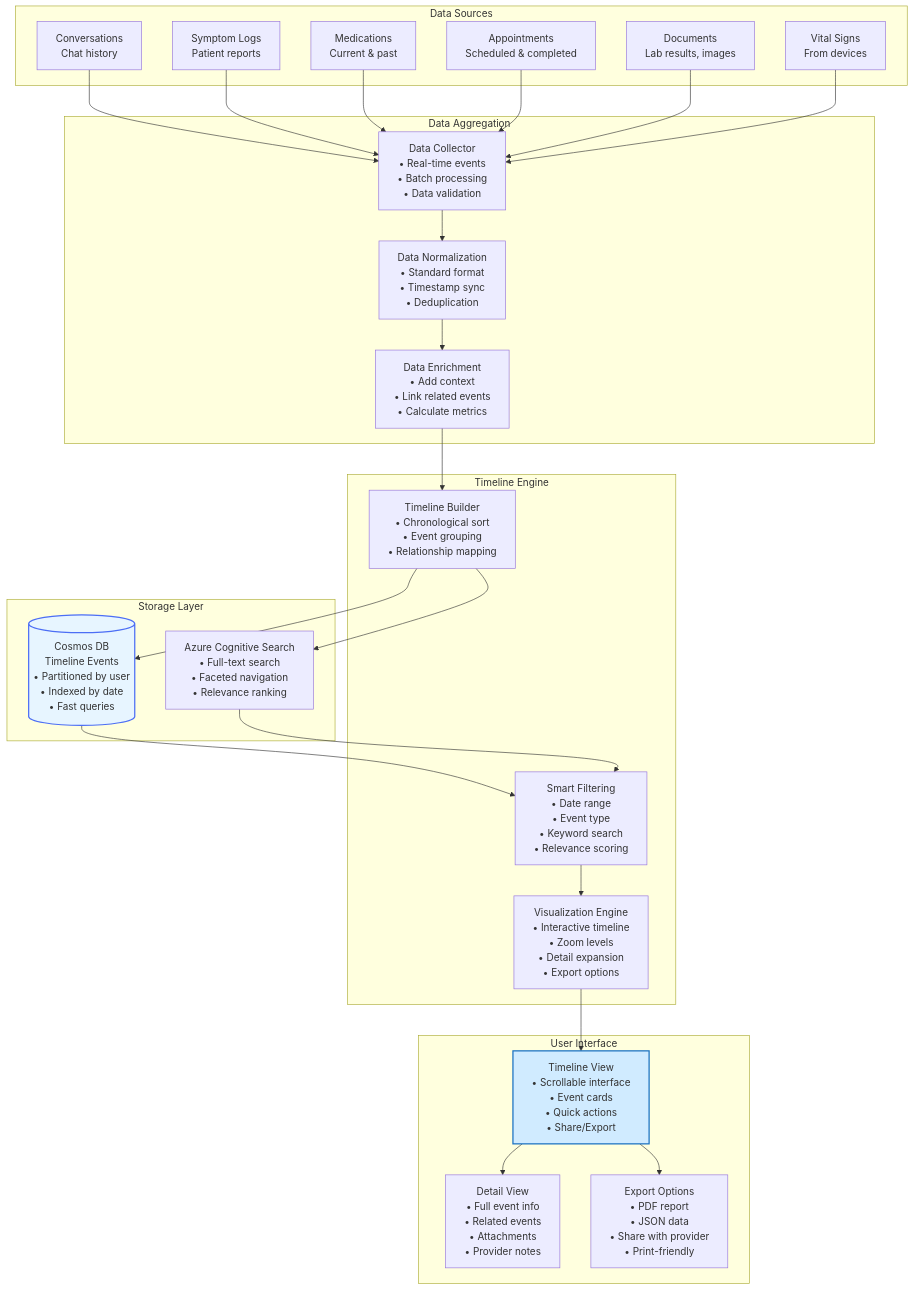
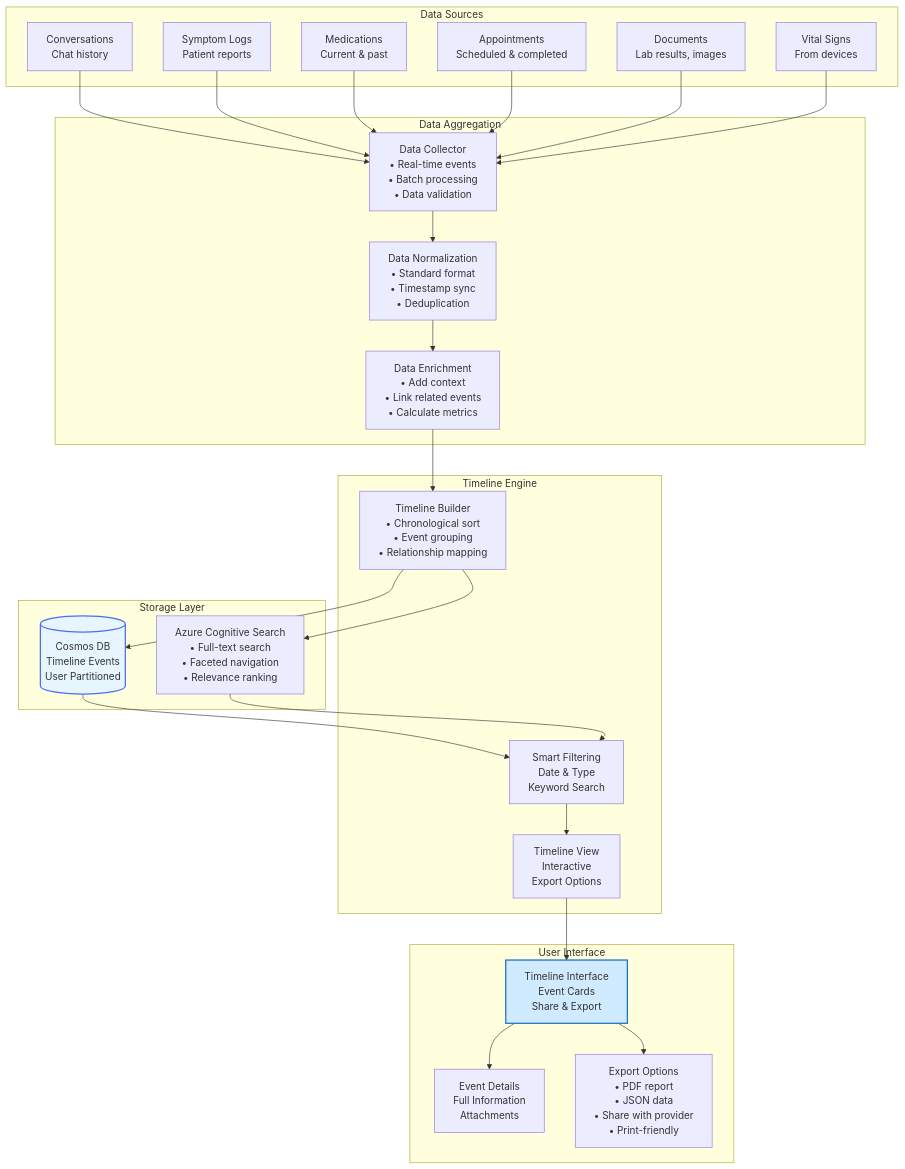
Before and after one commit to gauravpandeydigilantern/ZIA: the eighth of 16 diagrams in README.md, drawn with Mermaid. The commit also changed other lines of this file, not shown here.

````diff
--- a/README.md
+++ b/README.md
@@ -773,66 +759,66 @@
 ```mermaid
 graph TB
     subgraph DataSources["Data Sources"]
         CONV[Conversations<br/>Chat history]
         SYMPTOMS[Symptom Logs<br/>Patient reports]
         MEDS[Medications<br/>Current & past]
         APPTS[Appointments<br/>Scheduled & completed]
         DOCS[Documents<br/>Lab results, images]
         VITALS[Vital Signs<br/>From devices]
     end
     
     subgraph Aggregation["Data Aggregation"]
         COLLECT[Data Collector<br/>• Real-time events<br/>• Batch processing<br/>• Data validation]
         
         NORMALIZE[Data Normalization<br/>• Standard format<br/>• Timestamp sync<br/>• Deduplication]
         
         ENRICH[Data Enrichment<br/>• Add context<br/>• Link related events<br/>• Calculate metrics]
     end
     
     subgraph TimelineEngine["Timeline Engine"]
         BUILD[Timeline Builder<br/>• Chronological sort<br/>• Event grouping<br/>• Relationship mapping]
         
-        FILTER[Smart Filtering<br/>• Date range<br/>• Event type<br/>• Keyword search<br/>• Relevance scoring]
+        FILTER[Smart Filtering<br/>Date & Type<br/>Keyword Search]
         
-        VISUALIZE[Visualization Engine<br/>• Interactive timeline<br/>• Zoom levels<br/>• Detail expansion<br/>• Export options]
+        VISUALIZE[Timeline View<br/>Interactive<br/>Export Options]
     end
     
     subgraph Storage["Storage Layer"]
-        COSMOS[(Cosmos DB<br/>Timeline Events<br/>• Partitioned by user<br/>• Indexed by date<br/>• Fast queries)]
+        COSMOS[(Cosmos DB<br/>Timeline Events<br/>User Partitioned)]
         
         SEARCH[Azure Cognitive Search<br/>• Full-text search<br/>• Faceted navigation<br/>• Relevance ranking]
     end
     
     subgraph Presentation["User Interface"]
-        TIMELINE[Timeline View<br/>• Scrollable interface<br/>• Event cards<br/>• Quick actions<br/>• Share/Export]
+        TIMELINE[Timeline Interface<br/>Event Cards<br/>Share & Export]
         
-        DETAILS[Detail View<br/>• Full event info<br/>• Related events<br/>• Attachments<br/>• Provider notes]
+        DETAILS[Event Details<br/>Full Information<br/>Attachments]
         
         EXPORT[Export Options<br/>• PDF report<br/>• JSON data<br/>• Share with provider<br/>• Print-friendly]
     end
     
     CONV --> COLLECT
     SYMPTOMS --> COLLECT
     MEDS --> COLLECT
     APPTS --> COLLECT
     DOCS --> COLLECT
     VITALS --> COLLECT
     
     COLLECT --> NORMALIZE
     NORMALIZE --> ENRICH
     ENRICH --> BUILD
     
     BUILD --> COSMOS
     BUILD --> SEARCH
     
     COSMOS --> FILTER
     SEARCH --> FILTER
     
     FILTER --> VISUALIZE
     VISUALIZE --> TIMELINE
     TIMELINE --> DETAILS
     TIMELINE --> EXPORT
     
     style TIMELINE fill:#d0ebff,stroke:#1971c2,stroke-width:2px
     style COSMOS fill:#e7f5ff,stroke:#4c6ef5,stroke-width:2px
 ```
````
